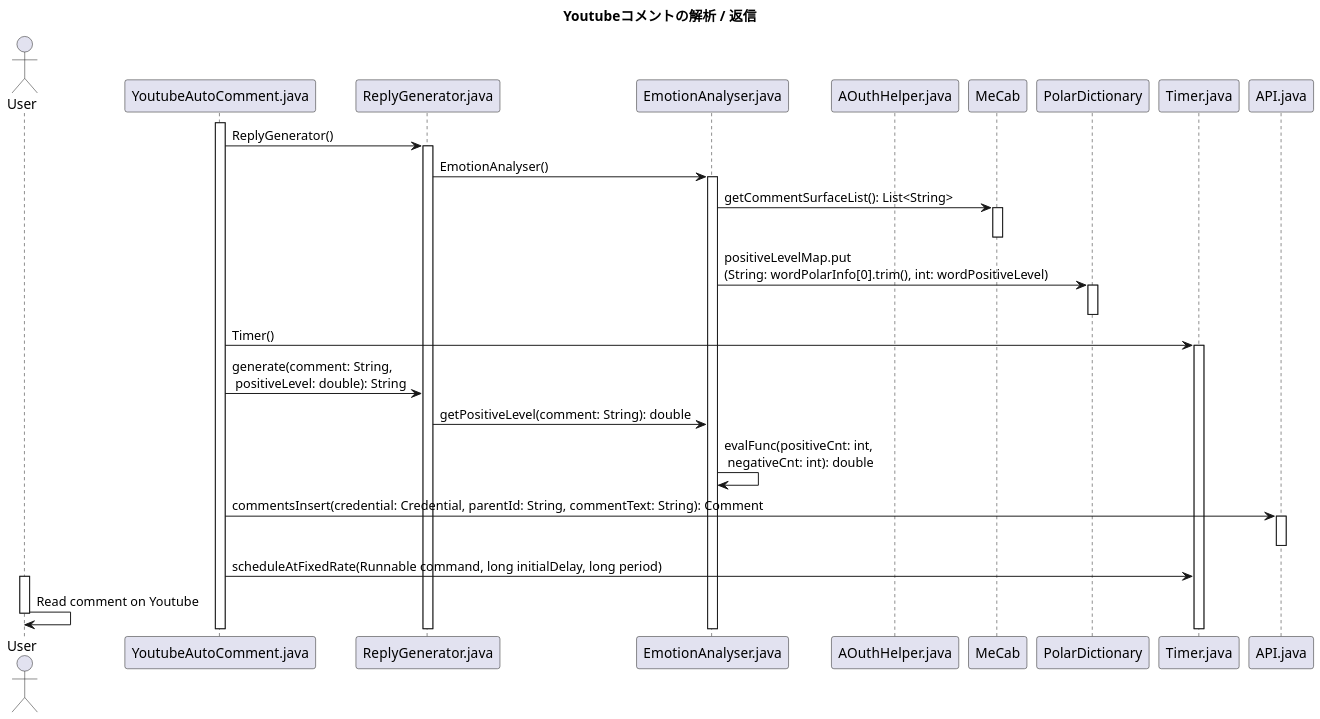
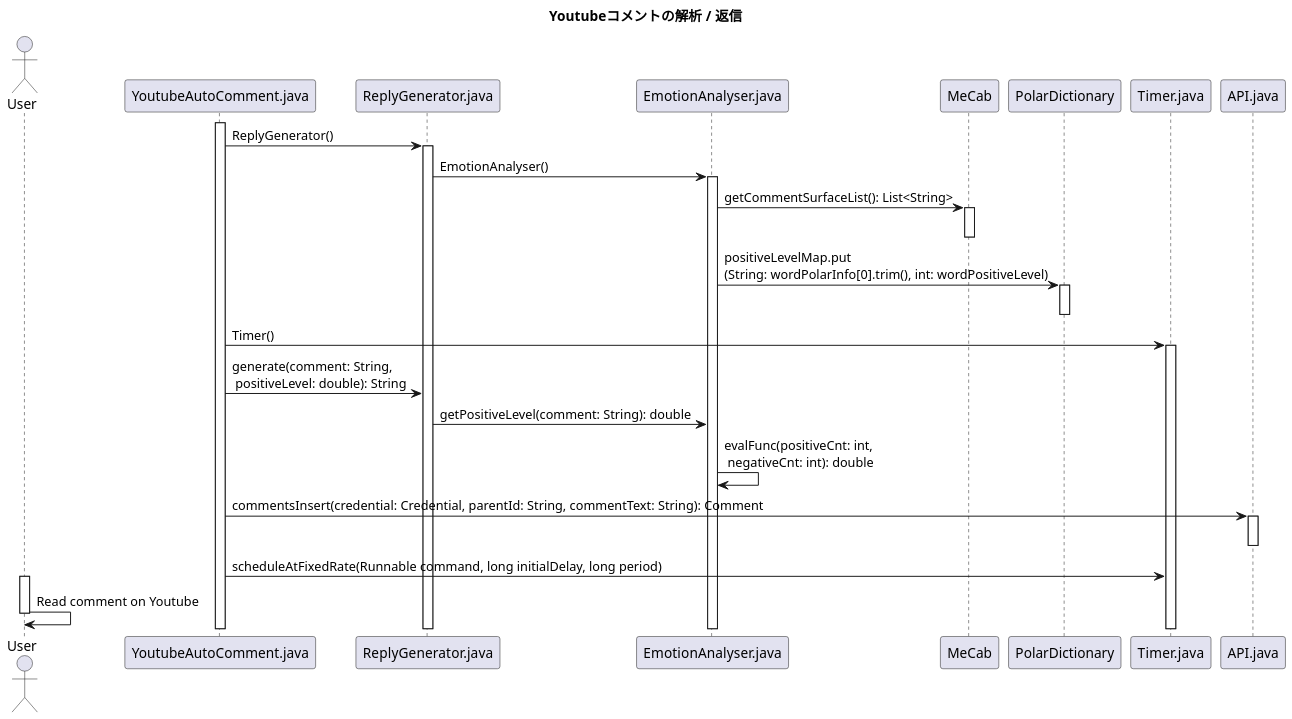
Before and after one commit to KataokaNagi/YoutubeAutoComment: the diagram in uml/YoutubeAutoComment_SequenceDiagram_CommentAnalyser.pu, drawn with PlantUML. The commit also changed 1 other file, not shown here.

Commit message:
Sequence diagram (analyser): Delete AOuthHelper

```diff
--- a/uml/YoutubeAutoComment_SequenceDiagram_CommentAnalyser.pu
+++ b/uml/YoutubeAutoComment_SequenceDiagram_CommentAnalyser.pu
@@ -13,83 +13,83 @@
 @startuml out/SequenceDiagram_CommentAnalyser.png
 scale 1.5
 skinparam DefaultFontName メイリオ
 ' 可視性の変更
 skinparam classAttributeIconSize 0
 
 ''''''''''''''''''''''''''''''''''''''''''''''''''
 
 title
 **Youtubeコメントの解析 / 返信**
 end title
 
 ''''''''''''''''''''''''''''''''''''''''''''''''''''''''''''''''''''''''''''''''
 
 actor User
 participant YoutubeAutoComment.java
 participant ReplyGenerator.java
 participant EmotionAnalyser.java
-participant AOuthHelper.java
+' participant AOuthHelper.java
 participant MeCab
 participant PolarDictionary
 participant Timer.java
 participant API.java
 
 ''''''''''''''''''''''''''''''''''''''''''''''''''''''''''''''''''''''''''''''''
 activate YoutubeAutoComment.java
 YoutubeAutoComment.java -> ReplyGenerator.java: ReplyGenerator()
 activate ReplyGenerator.java
 
 ''''''''''''''''''''''''''''''''''''''''''''''''''
 
 ReplyGenerator.java -> EmotionAnalyser.java: EmotionAnalyser()
 activate EmotionAnalyser.java
 
 ''''''''''''''''''''''''''''''''''''''''''''''''''
 
 EmotionAnalyser.java -> MeCab: getCommentSurfaceList(): List<String> 
 ' EmotionAnalyser.java -> MeCab: exec(String: mecabCommand): Process
 activate MeCab
 deactivate MeCab
 
 ''''''''''''''''''''''''''''''''''''''''''''''''''
 
 EmotionAnalyser.java -> PolarDictionary: positiveLevelMap.put\n(String: wordPolarInfo[0].trim(), int: wordPositiveLevel)
 activate PolarDictionary
 deactivate PolarDictionary
 
 ''''''''''''''''''''''''''''''''''''''''''''''''''
 
 YoutubeAutoComment.java -> Timer.java: Timer()
 activate Timer.java
 
 ''''''''''''''''''''''''''''''''''''''''''''''''''
 
 YoutubeAutoComment.java -> ReplyGenerator.java: generate(comment: String,\n positiveLevel: double): String
 
 ''''''''''''''''''''''''''''''''''''''''''''''''''
 
 ReplyGenerator.java -> EmotionAnalyser.java: getPositiveLevel(comment: String): double
 EmotionAnalyser.java -> EmotionAnalyser.java: evalFunc(positiveCnt: int,\n negativeCnt: int): double
 
 
 ''''''''''''''''''''''''''''''''''''''''''''''''''
 
 ' YoutubeAutoComment.java -> AOuthHelper.java: authorize()\nアプリ管理者が、任意のタイミングでブラウザからYoutubeの権限を認証
 
 ''''''''''''''''''''''''''''''''''''''''''''''''''
 
 YoutubeAutoComment.java -> API.java:  commentsInsert(credential: Credential, parentId: String, commentText: String): Comment
 activate API.java
 deactivate API.java
 
 ''''''''''''''''''''''''''''''''''''''''''''''''''
 
 YoutubeAutoComment.java -> Timer.java: scheduleAtFixedRate(Runnable command, long initialDelay, long period)
 
 ''''''''''''''''''''''''''''''''''''''''''''''''''
 
 activate User
 User -> User: Read comment on Youtube
 deactivate User
 
 @enduml
```
